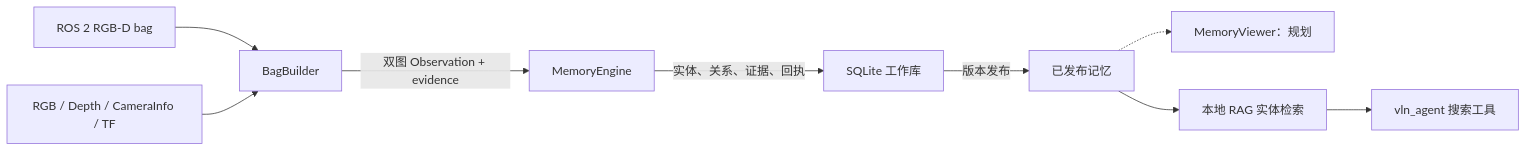
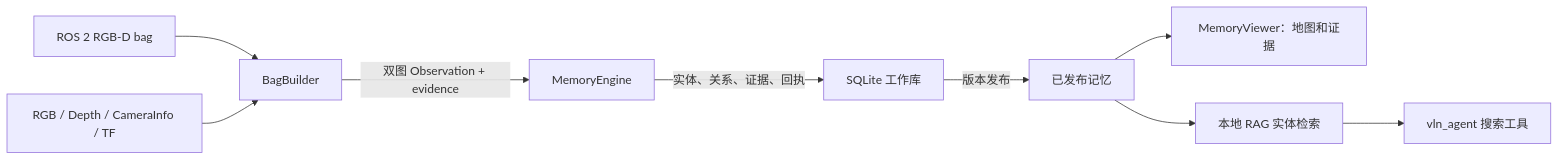
The diagram in docx/README.md (Anoool/vln_memory), drawn with Mermaid before and after one commit. The commit also changed other lines of this file and 12 other files, not shown here.

First line of the commit message:
添加空间记忆查看器、证据图库和人工标注

```diff
--- a/docx/README.md
+++ b/docx/README.md
@@ -3,11 +3,11 @@
 ~~~mermaid
 flowchart LR
   A["ROS 2 RGB-D bag"] --> B["BagBuilder"]
   S["RGB / Depth / CameraInfo / TF"] --> B
   B -->|"双图 Observation + evidence"| E["MemoryEngine"]
   E -->|"实体、关系、证据、回执"| W["SQLite 工作库"]
   W -->|"版本发布"| R["已发布记忆"]
-  R -.-> V["MemoryViewer：规划"]
+  R --> V["MemoryViewer：地图和证据"]
   R --> Q["本地 RAG 实体检索"]
   Q --> A2["vln_agent 搜索工具"]
 ~~~
```
